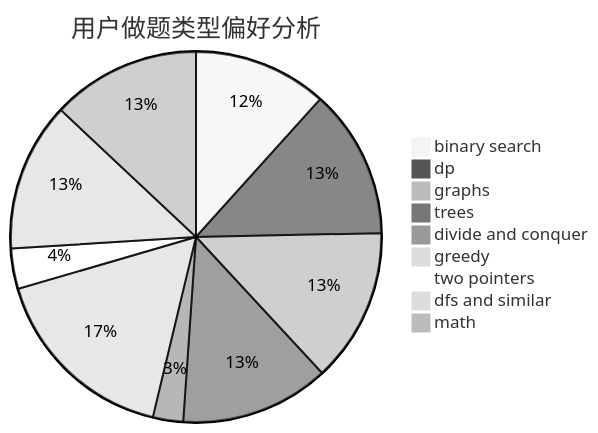
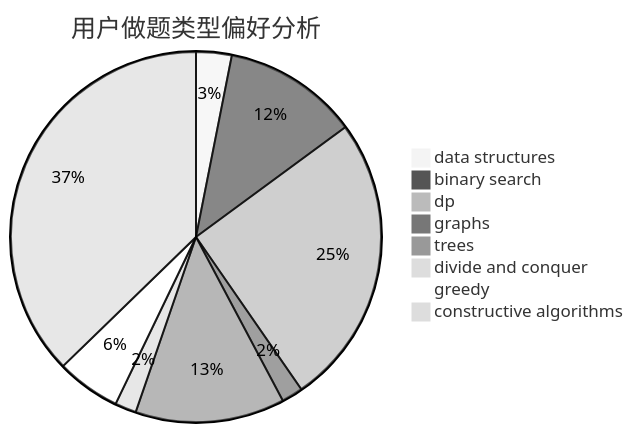
One commit to sherpahu/cfrs.github.io changed the second of 3 diagrams in docs/user/u2752.md. Above: the diagram before and after it, drawn with Mermaid (neutral theme). The commit also changed other lines of this file and 2775 other files, not shown here.

````diff
--- a/docs/user/u2752.md
+++ b/docs/user/u2752.md
@@ -23,12 +23,11 @@
 ```mermaid
 pie title 用户做题类型偏好分析
-    "binary search" :  53
-    "dp" :  59
-    "graphs" :  61
-    "trees" :  59
-    "divide and conquer" :  12
-    "greedy" :  76
-    "two pointers" :  16
-    "dfs and similar" :  59
-    "math" :  59
+    "data structures" :  5
+    "binary search" :  19
+    "dp" :  41
+    "graphs" :  3
+    "trees" :  21
+    "divide and conquer" :  3
+    "greedy" :  9
+    "constructive algorithms" :  60
 ```
````
